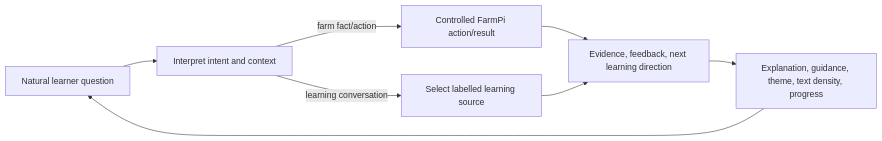
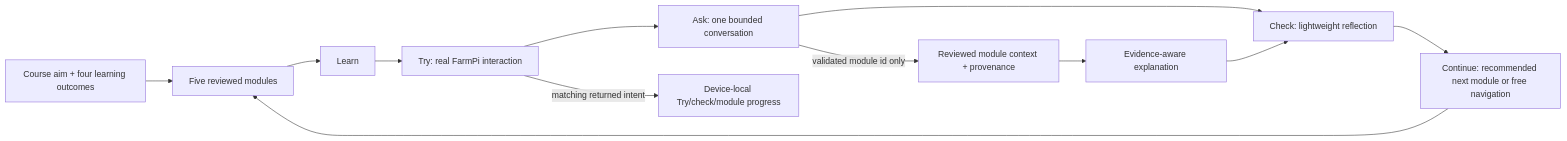
The diagram in docs/diagrams/flexible-learning.mmd (w0rmy/farmpi), drawn with Mermaid before and after one commit. The commit also changed 14 other files, not shown here.

```diff
--- a/docs/diagrams/flexible-learning.mmd
+++ b/docs/diagrams/flexible-learning.mmd
@@ -1,8 +1,12 @@
 flowchart LR
-  I[Natural learner question] --> C[Interpret intent and context]
-  C -->|farm fact/action| A[Controlled FarmPi action/result]
-  C -->|learning conversation| S[Select labelled learning source]
-  A --> F[Evidence, feedback, next learning direction]
-  S --> F
-  F --> P[Explanation, guidance, theme, text density, progress]
-  P --> I
+  O[Course aim + four learning outcomes] --> M[Five reviewed modules]
+  M --> L[Learn]
+  L --> T[Try: real FarmPi interaction]
+  T --> A[Ask: one bounded conversation]
+  A --> C[Check: lightweight reflection]
+  C --> N[Continue: recommended next module or free navigation]
+  N --> M
+  T -->|matching returned intent| P[Device-local Try/check/module progress]
+  A -->|validated module id only| R[Reviewed module context + provenance]
+  R --> E[Evidence-aware explanation]
+  E --> C
```
